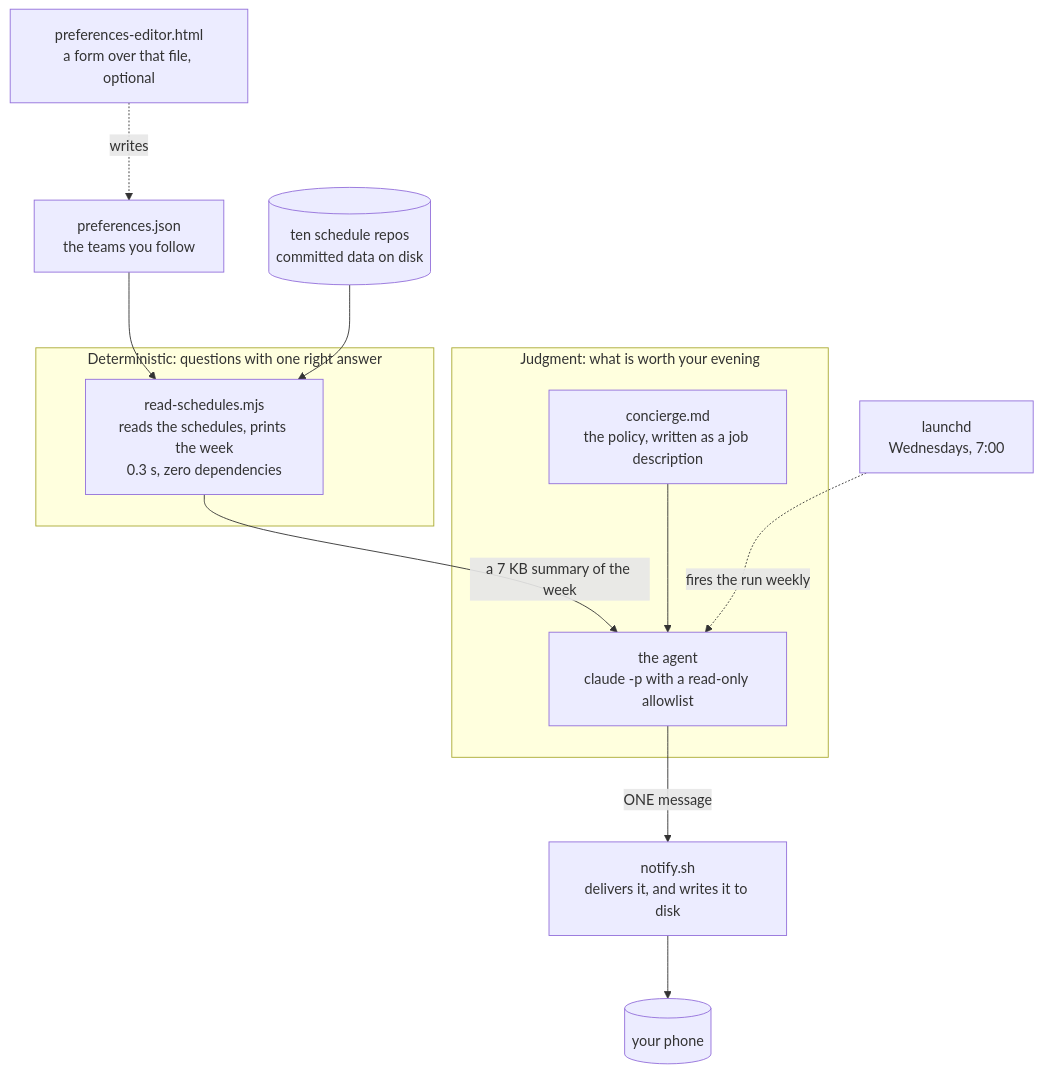
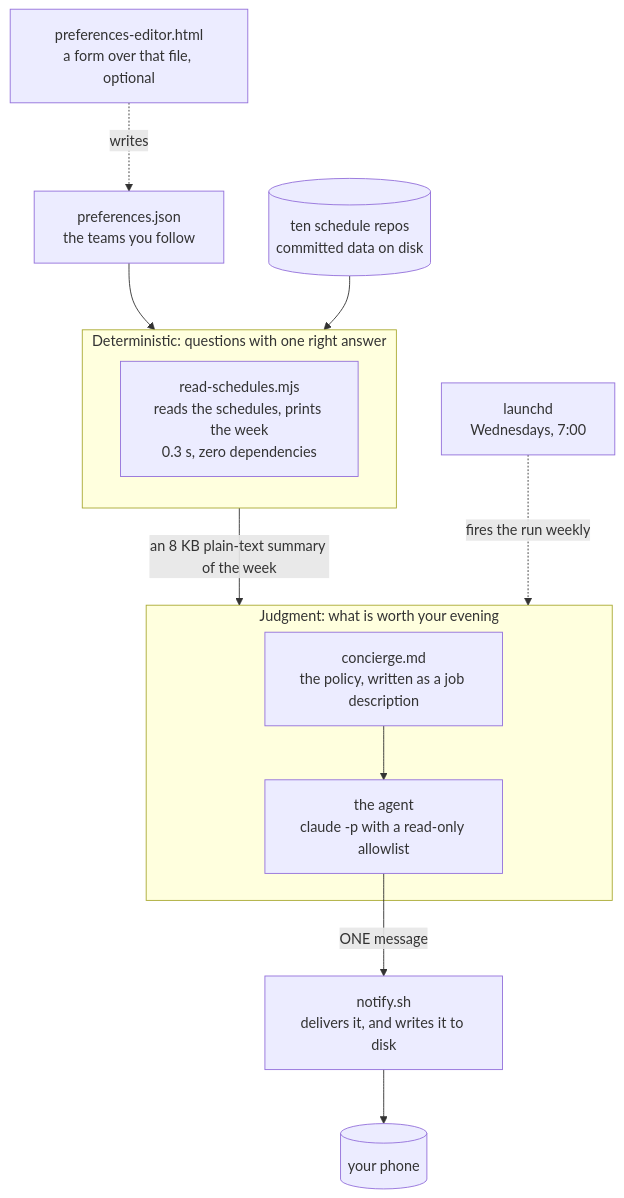
Before and after one commit to ismayc/never-miss-a-game: the diagram in README.md, drawn with Mermaid. The commit also changed 2 other files, not shown here.

Commit message:
Diagrams: no arrow crosses a title or its own label
Rendered all eight mermaid diagrams (README, examples/README, TECHNICAL x3,
HOW-IT-FITS-TOGETHER x2, WRITING-THE-POLICY) through mermaid.ink and looked.
Four had arrows over text; the other four were clean.

- README: the two inputs now point at the Deterministic band, the band
  hands its summary to the Judgment band, and launchd fires the band, so
  every arrow ends at a border and every label sits between bands. The
  edge label says 8 KB (the read for the 16th is 8,079 bytes).
- HOW-IT-FITS-TOGETHER: the four arrows that landed on the "Built" title
  are one labeled edge between the bands; "refreshed nightly" is "twice a
  day", matching the repos' crons; 7 KB is 8 KB in the second diagram and
  the prose.
- TECHNICAL: the status tree and the Following check use straight edges
  (curve: linear), so the yes/no and "listed by full name" labels sit off
  the lines; the Following labels are shorter; the sequence diagram says
  8 KB; the prose no longer claims all four league repos commit scores
  (the NBA has not played).

Claude-Session: https://claude.ai/code/session_01KXwVv4DW1keYW9StSa6gZB

````diff
--- a/README.md
+++ b/README.md
@@ -9,17 +9,17 @@
 ```mermaid
-%%{init: {"flowchart": {"nodeSpacing": 50, "rankSpacing": 70, "padding": 16}}}%%
+%%{init: {"flowchart": {"nodeSpacing": 50, "rankSpacing": 60, "padding": 16}}}%%
 flowchart TD
     F["preferences-editor.html<br/>a form over that file, optional"] -. "writes" .-> P
-    P["preferences.json<br/>the teams you follow"] --> T
-    R[("ten schedule repos<br/>committed data on disk")] --> T
+    P["preferences.json<br/>the teams you follow"] --> det
+    R[("ten schedule repos<br/>committed data on disk")] --> det
     subgraph det["Deterministic: questions with one right answer"]
         T["read-schedules.mjs<br/>reads the schedules, prints the week<br/>0.3 s, zero dependencies"]
     end
-    T -- "a 7 KB summary of the week" --> A
+    det -- "an 8 KB plain-text summary of the week" --> jud
     subgraph jud["Judgment: what is worth your evening"]
         M["concierge.md<br/>the policy, written as a job description"] --> A["the agent<br/>claude -p with a read-only allowlist"]
     end
-    L["launchd<br/>Wednesdays, 7:00"] -. "fires the run weekly" .-> A
+    L["launchd<br/>Wednesdays, 7:00"] -. "fires the run weekly" .-> jud
     A -- "ONE message" --> N["notify.sh<br/>delivers it, and writes it to disk"]
     N --> PH[("your phone")]
 ```
````
